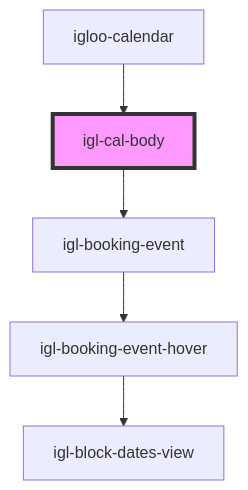
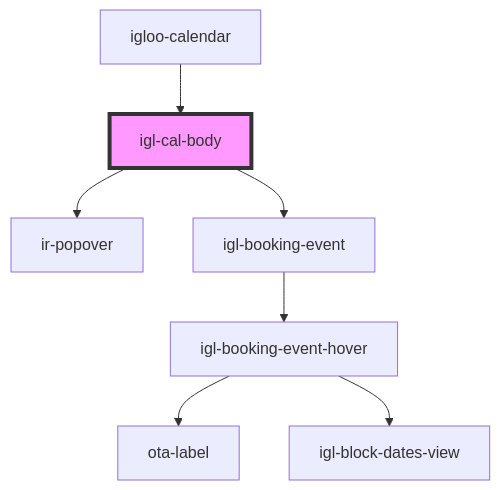
Before and after one commit to David1Chowaifaty/modified-ir-webcmp: the diagram in src/components/igloo-calendar/igl-cal-body/readme.md, drawn with Mermaid. The commit also changed other lines of this file and 11 other files, not shown here.

````diff
--- a/src/components/igloo-calendar/igl-cal-body/readme.md
+++ b/src/components/igloo-calendar/igl-cal-body/readme.md
@@ -41,8 +42,10 @@
 ```mermaid
 graph TD;
+  igl-cal-body --> ir-popover
   igl-cal-body --> igl-booking-event
   igl-booking-event --> igl-booking-event-hover
+  igl-booking-event-hover --> ota-label
   igl-booking-event-hover --> igl-block-dates-view
   igloo-calendar --> igl-cal-body
   style igl-cal-body fill:#f9f,stroke:#333,stroke-width:4px
 ```
````
